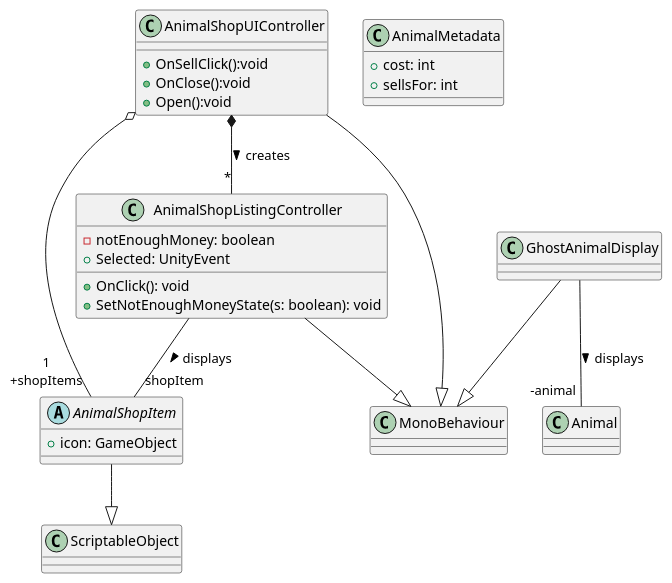
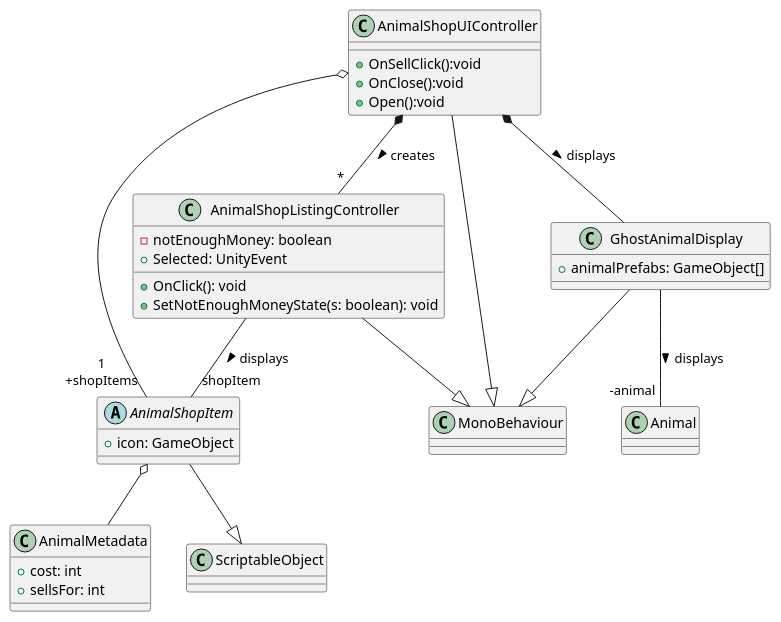
The diagram in view/animal-shop-ui.plantuml (Peter-Balint/SafariGame), drawn with PlantUML before and after one commit. The commit also changed 7 other files, not shown here.

Commit message:
Jeep display, animal shop, minimap, animal display

```diff
--- a/view/animal-shop-ui.plantuml
+++ b/view/animal-shop-ui.plantuml
@@ -1,39 +1,43 @@
 @startuml
 class AnimalShopUIController{
     +OnSellClick():void
     +OnClose():void
     +Open():void
 }
 
 class AnimalShopListingController{
     -notEnoughMoney: boolean
     +Selected: UnityEvent
     +OnClick(): void
     +SetNotEnoughMoneyState(s: boolean): void
 }
 
 class GhostAnimalDisplay{
-
+    +animalPrefabs: GameObject[]
 }
 
 abstract class AnimalShopItem{
     +icon: GameObject
 }
 
 class AnimalMetadata{
     +cost: int
     +sellsFor: int
 }
 
 AnimalShopItem --|> ScriptableObject
 AnimalShopUIController --|> MonoBehaviour
 AnimalShopListingController --|> MonoBehaviour
 GhostAnimalDisplay  --|> MonoBehaviour
 AnimalShopUIController  o-- "1\n+shopItems" AnimalShopItem
 
 AnimalShopUIController *-- "*" AnimalShopListingController : creates >
 
 AnimalShopListingController -- "shopItem" AnimalShopItem : displays >
 
 GhostAnimalDisplay -- "-animal" Animal: displays >
+
+AnimalShopItem o-- AnimalMetadata
+
+AnimalShopUIController *-- GhostAnimalDisplay : displays >
 @enduml
```
